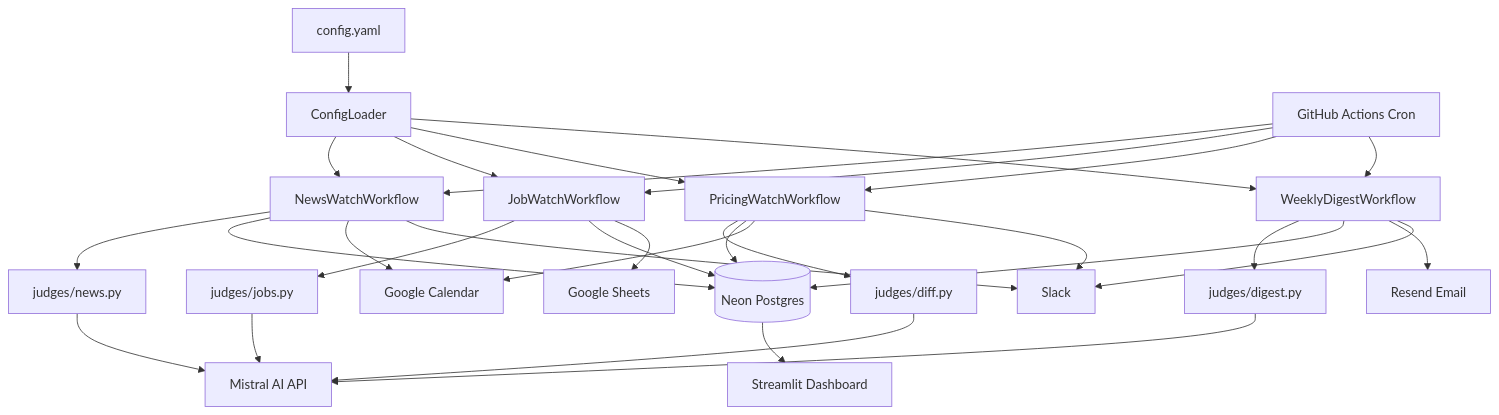
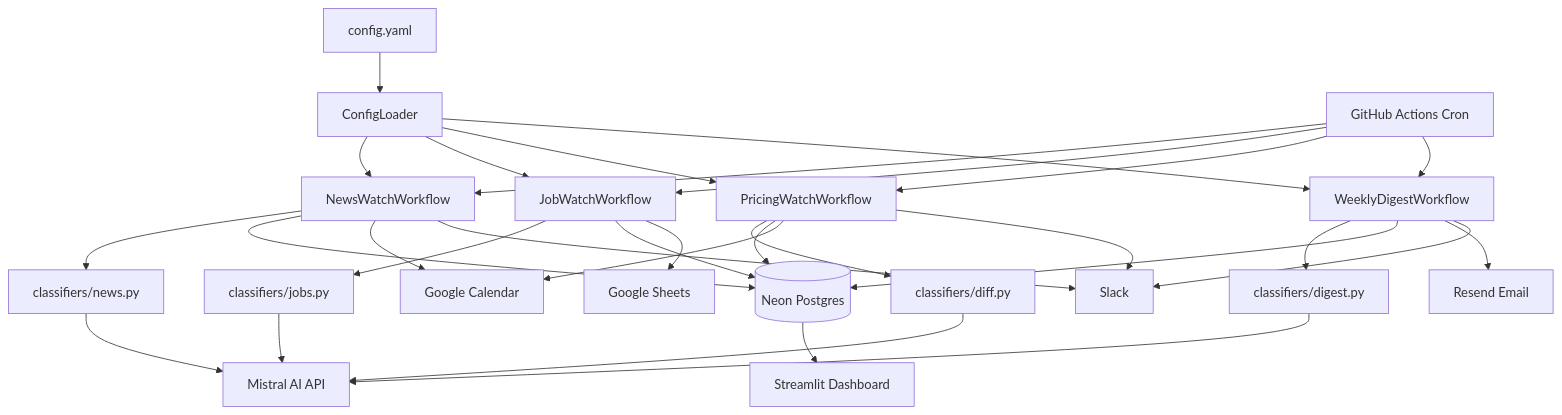
The diagram in docs/architecture.md (matanew1/argus-intel-agent), drawn with Mermaid before and after one commit. The commit also changed other lines of this file and 36 other files, not shown here.

````diff
--- a/docs/architecture.md
+++ b/docs/architecture.md
@@ -5,38 +5,38 @@
 ```mermaid
 graph TD
     CF[config.yaml] --> CL[ConfigLoader]
     CL --> NW[NewsWatchWorkflow]
     CL --> JW[JobWatchWorkflow]
     CL --> PW[PricingWatchWorkflow]
     CL --> WD[WeeklyDigestWorkflow]
 
-    NW --> JN[judges/news.py]
-    JW --> JJ[judges/jobs.py]
-    PW --> JD[judges/diff.py]
-    WD --> JDG[judges/digest.py]
+    NW --> CN[classifiers/news.py]
+    JW --> CJ[classifiers/jobs.py]
+    PW --> CD[classifiers/diff.py]
+    WD --> CDG[classifiers/digest.py]
 
-    JN --> MISTRAL[Mistral AI API]
-    JJ --> MISTRAL
-    JD --> MISTRAL
-    JDG --> MISTRAL
+    CN --> MISTRAL[Mistral AI API]
+    CJ --> MISTRAL
+    CD --> MISTRAL
+    CDG --> MISTRAL
 
     NW --> DB[(Neon Postgres)]
     JW --> DB
     PW --> DB
     WD --> DB
 
     NW --> GC[Google Calendar]
     NW --> SL[Slack]
     JW --> GS[Google Sheets]
     PW --> GC
     PW --> SL
     WD --> RS[Resend Email]
     WD --> SL
 
     GHA[GitHub Actions Cron] --> NW
     GHA --> JW
     GHA --> PW
     GHA --> WD
 
     DB --> DASH[Streamlit Dashboard]
 ```
````
